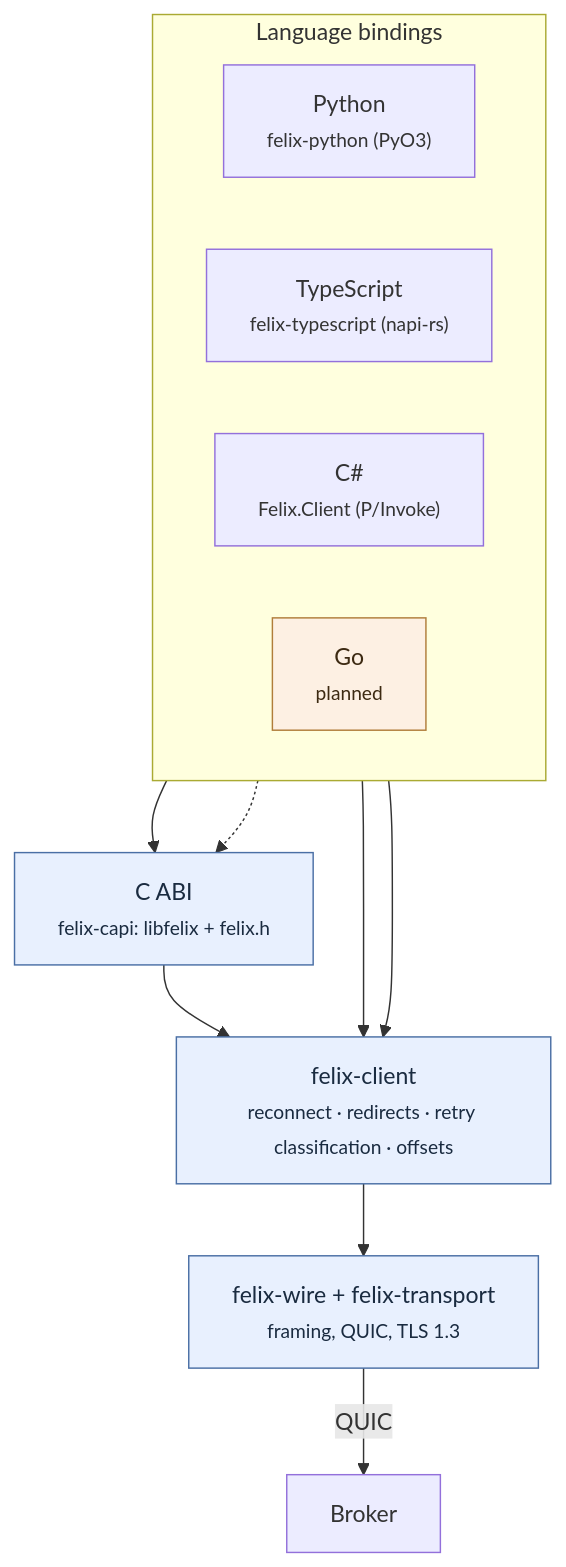
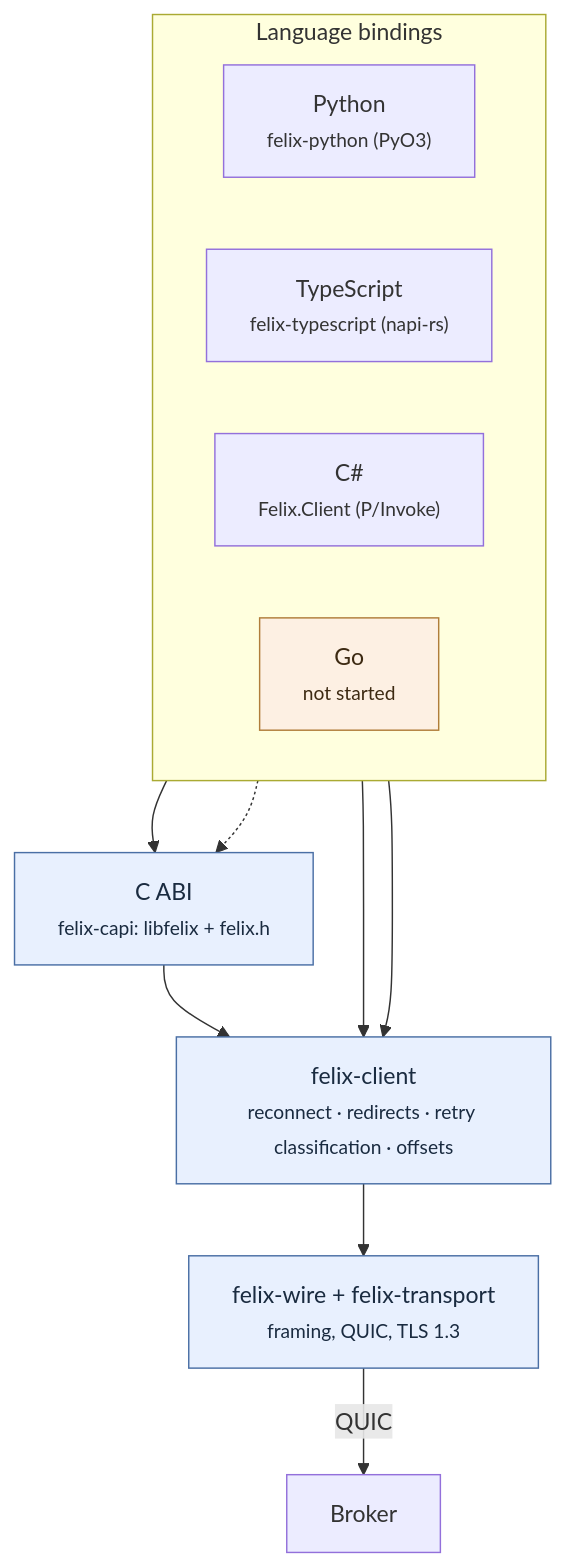
Before and after one commit to GetFelix/felix: the first of 2 diagrams in docs-site/src/content/docs/clients/overview.md, drawn with Mermaid. The commit also changed 2 other files, not shown here.

Commit message:
docs: C and C# expose publisher identity and idempotent producers; Go is not started

````diff
--- a/docs-site/src/content/docs/clients/overview.md
+++ b/docs-site/src/content/docs/clients/overview.md
@@ -25,29 +25,29 @@
 ```mermaid
 flowchart TB
     subgraph langs["Language bindings"]
         direction LR
         PY["Python<br/><small>felix-python (PyO3)</small>"]
         TS["TypeScript<br/><small>felix-typescript (napi-rs)</small>"]
         CS["C#<br/><small>Felix.Client (P/Invoke)</small>"]
-        GO["Go<br/><small>planned</small>"]
+        GO["Go<br/><small>not started</small>"]
     end
 
     CABI["C ABI<br/><small>felix-capi: libfelix + felix.h</small>"]
 
     CORE["felix-client<br/><small>reconnect · redirects · retry classification · offsets</small>"]
     WIRE["felix-wire + felix-transport<br/><small>framing, QUIC, TLS 1.3</small>"]
     BROKER["Broker"]
 
     PY --> CORE
     TS --> CORE
     CS --> CABI
     CABI --> CORE
     GO -.-> CABI
     CORE --> WIRE
     WIRE -->|QUIC| BROKER
 
     classDef planned fill:#fdf0e3,stroke:#b07d3a,color:#3d2a12
     classDef core fill:#e8f0fe,stroke:#4a6fa5,color:#1a2b40
     class GO planned
     class CORE,WIRE,CABI core
 ```
````
